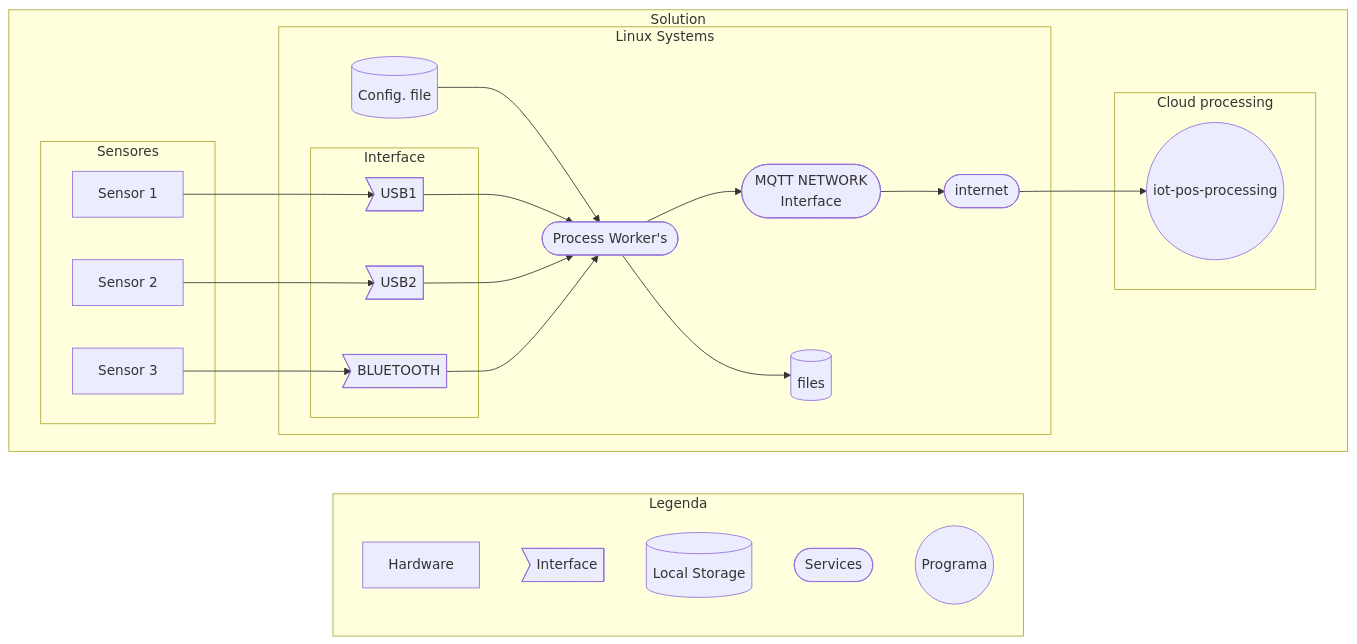
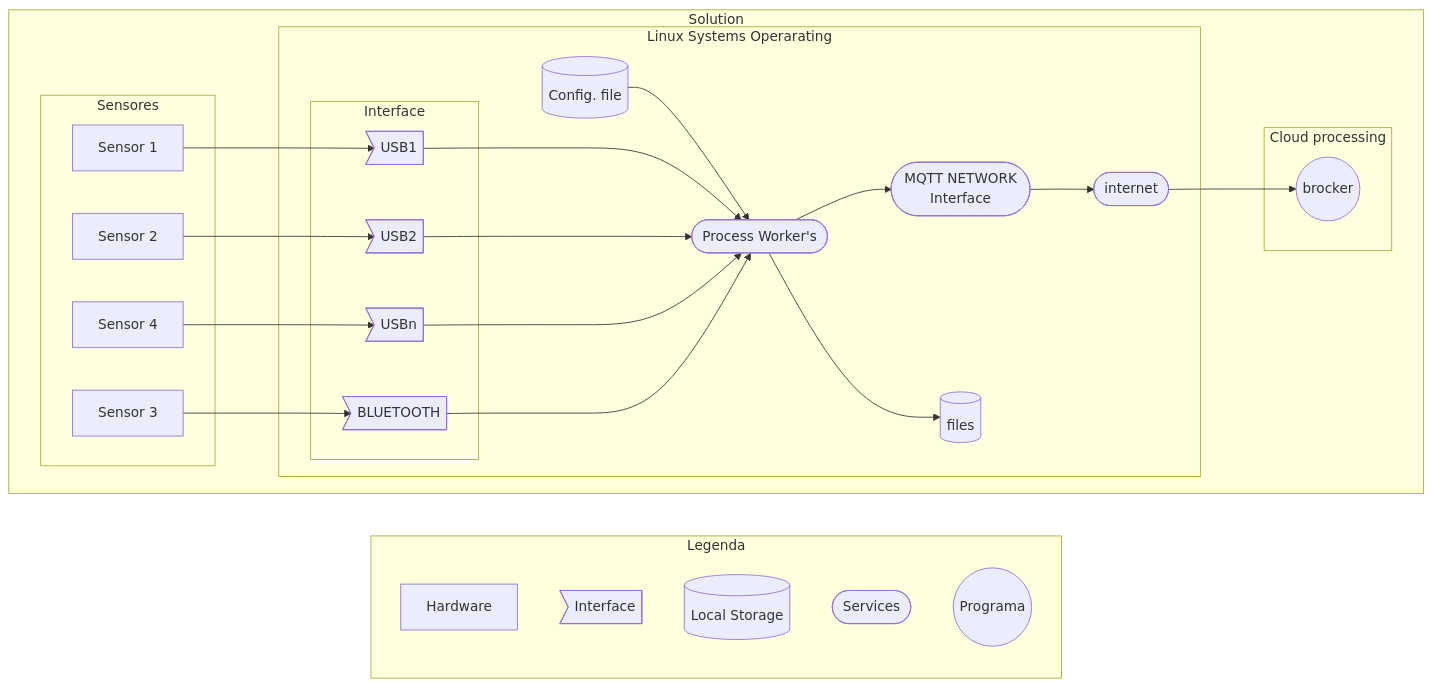
One commit to felipengeletrica/EdgeGateway changed the diagram in diagram/diagram.mmd. Above: the diagram before and after it, drawn with Mermaid.

Commit message:
Add config file

```diff
--- a/diagram/diagram.mmd
+++ b/diagram/diagram.mmd
@@ -1,40 +1,43 @@
 graph LR
     subgraph Legenda
         hardware[Hardware]
         interface>Interface]
         file[(Local Storage)]
         services([Services])
         program((Programa))
     end
 
     subgraph Solution
         direction LR
 
-        subgraph Linux Systems
+        subgraph Linux Systems Operarating
             datalogger([Process Worker's])-->server
             datalogger([Process Worker's])--> files[(files)]
             ConfigFile[(Config. file)] --> datalogger([Process Worker's])
             server([MQTT NETWORK \n Interface])-->internet
             internet([internet])
 
             subgraph Interface
                 USB1
                 USB2
+                USBn
                 BLUETOOTH
             end
-            USB1>USB1] --> datalogger
-            USB2>USB2] --> datalogger
+            USB1>USB1] ---> datalogger
+            USB2>USB2] ---> datalogger
+            USBn>USBn] ---> datalogger
             BLUETOOTH>BLUETOOTH] --> datalogger
         end
 
         subgraph Sensores
             s1[Sensor 1] --> USB1
             s2[Sensor 2] --> USB2
             s3[Sensor 3] --> BLUETOOTH
+            s4[Sensor 4] --> USBn
         end
 
         internet --> brocker
         subgraph Cloud processing 
-            brocker((iot-pos-processing))
+            brocker((brocker))
         end
     end
```
